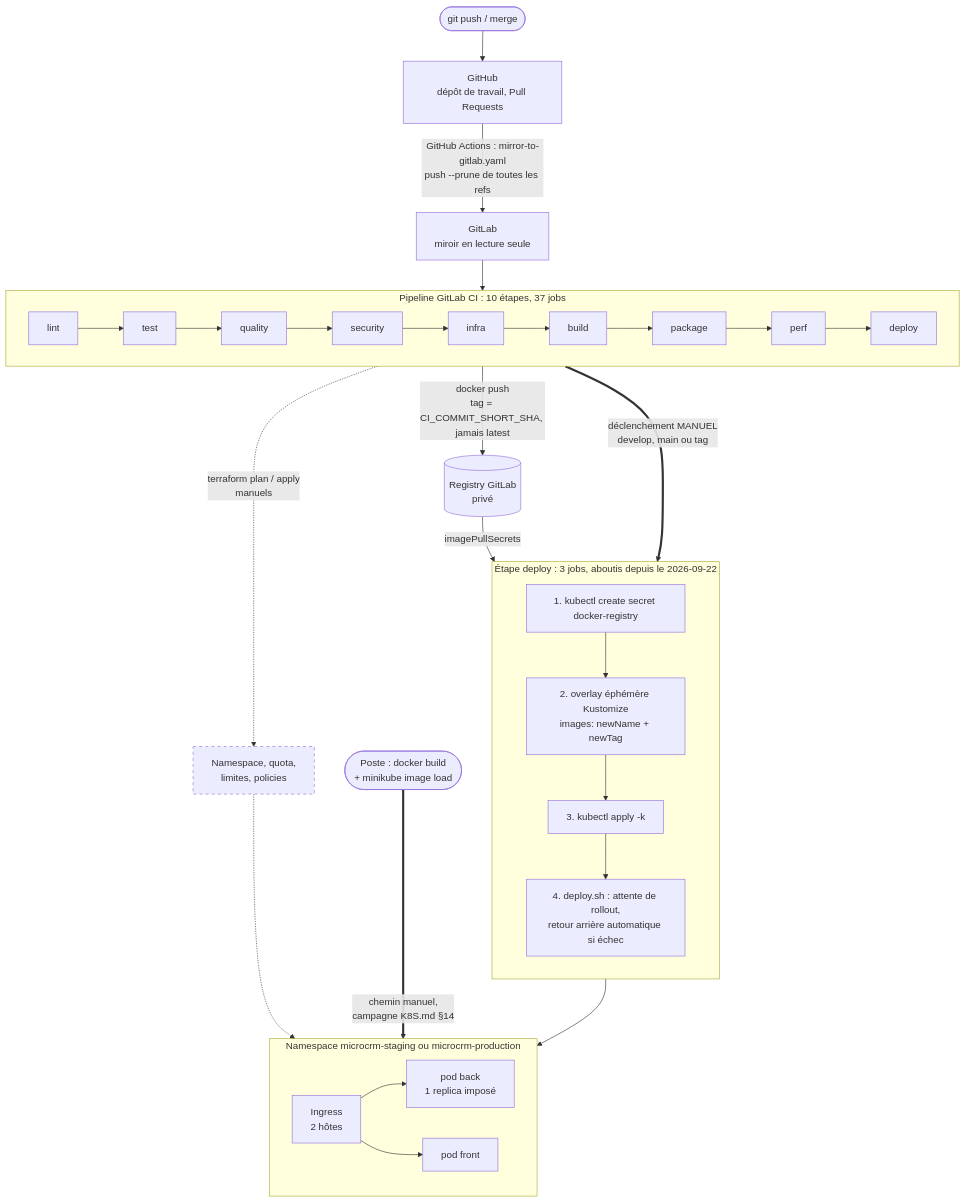
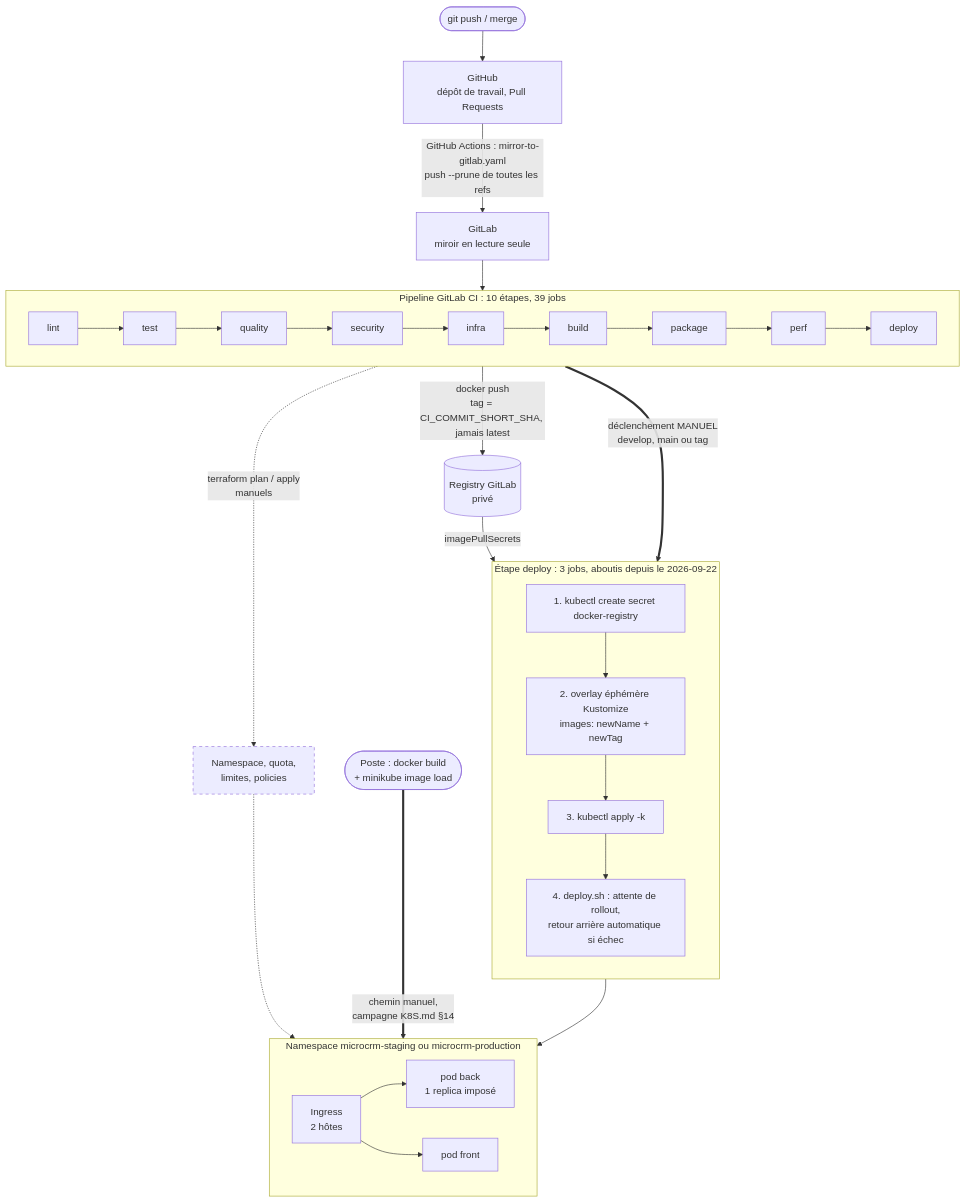
Before and after one commit to TedPasquiet/G-rez-le-cycle-de-vie-de-d-veloppement-logiciel: the diagram in docs/schemas/plateforme-deploiement.mmd, drawn with Mermaid. The commit also changed 33 other files, not shown here.

```diff
--- a/docs/schemas/plateforme-deploiement.mmd
+++ b/docs/schemas/plateforme-deploiement.mmd
@@ -1,48 +1,50 @@
 %% Schéma 1 — La plateforme de déploiement, du commit au pod.
 %% Source versionnée du bloc Mermaid d'ARCHITECTURE.md §8.1.
-%% Convention : trait plein = chemin réellement emprunté ;
-%%              pointillé   = chemin décrit, jamais abouti.
+%% Convention : trait plein = chemin emprunté par le fil du pipeline ;
+%%              pointillé   = chemin manuel, hors de ce fil.
 %% L'étape deploy est passée en trait plein le 2026-09-23 : elle aboutit depuis
-%% le 2026-09-22 (ARCHITECTURE.md §8.1). Seul Terraform reste en pointillé.
+%% le 2026-09-22 (ARCHITECTURE.md §8.1). Seul Terraform reste en pointillé :
+%% son apply a été joué (production depuis la CI le 2026-09-23), mais il reste
+%% un geste manuel, dans la dernière étape.
 %% Les identifiants de nœuds restent en ASCII, seuls les libellés sont accentués.
 flowchart TB
     dev(["git push / merge"]) --> gh["GitHub<br/>dépôt de travail, Pull Requests"]
     gh -->|"GitHub Actions : mirror-to-gitlab.yaml<br/>push --prune de toutes les refs"| gl["GitLab<br/>miroir en lecture seule"]
     gl --> pipe
 
-    subgraph pipe["Pipeline GitLab CI : 10 étapes, 37 jobs"]
+    subgraph pipe["Pipeline GitLab CI : 10 étapes, 39 jobs"]
         direction LR
         s1["lint"] --> s2["test"] --> s3["quality"] --> s4["security"] --> s5["infra"] --> s6["build"] --> s7["package"] --> s8["perf"] --> s9["deploy"]
     end
 
     s7 -->|"docker push<br/>tag = CI_COMMIT_SHORT_SHA, jamais latest"| reg[("Registry GitLab<br/>privé")]
     s5 -.->|"terraform plan / apply<br/>manuels"| tf["Namespace, quota,<br/>limites, policies"]
 
     s9 == "déclenchement MANUEL<br/>develop, main ou tag" ==> jobs
 
     subgraph jobs["Étape deploy : 3 jobs, aboutis depuis le 2026-09-22"]
         direction TB
         j1["1. kubectl create secret docker-registry"]
         j2["2. overlay éphémère Kustomize<br/>images: newName + newTag"]
         j3["3. kubectl apply -k"]
         j4["4. deploy.sh : attente de rollout,<br/>retour arrière automatique si échec"]
         j1 --> j2 --> j3 --> j4
     end
 
     reg -->|"imagePullSecrets"| j3
     tf -.-> ns
     j4 --> ns
 
     subgraph ns["Namespace microcrm-staging ou microcrm-production"]
         direction LR
         ing["Ingress<br/>2 hôtes"]
         pb["pod back<br/>1 replica imposé"]
         pf["pod front"]
         ing --> pb
         ing --> pf
     end
 
     poste(["Poste : docker build<br/>+ minikube image load"]) ==>|"chemin manuel,<br/>campagne K8S.md §14"| ns
 
     classDef jamais stroke-dasharray: 5 5;
     class tf jamais;
```
